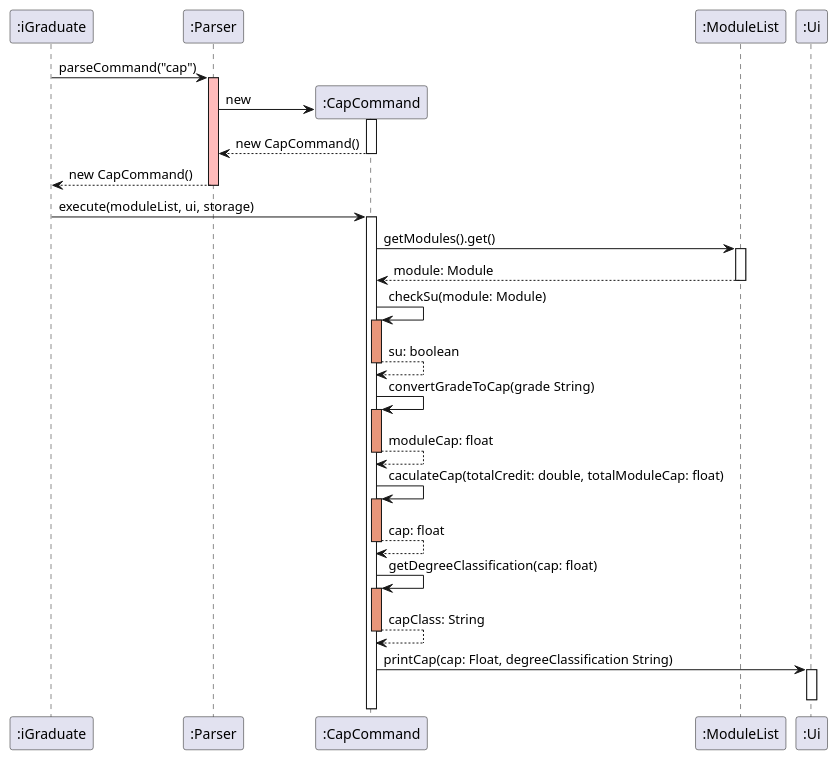
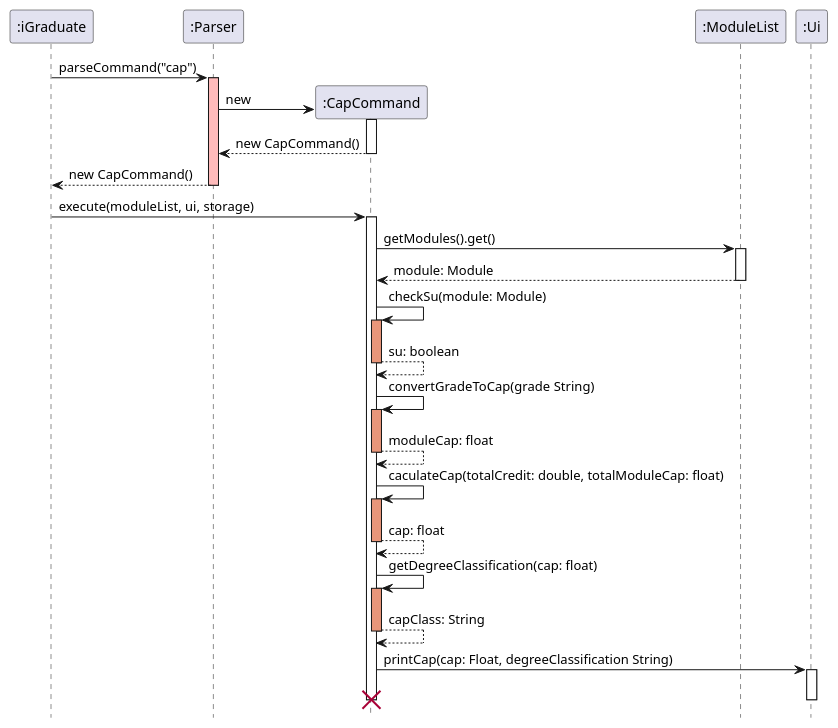
One commit to oscarlai1998/tp changed the diagram in docs/diagrams/CapCommandSequenceDiagram.puml. Above: the diagram before and after it, drawn with PlantUML. The commit also changed 19 other files, not shown here.

Commit message:
Modify sequence diagrams and captions of DG

```diff
--- a/docs/diagrams/CapCommandSequenceDiagram.puml
+++ b/docs/diagrams/CapCommandSequenceDiagram.puml
@@ -1,48 +1,51 @@
 @startuml
+hide footbox
+
 participant ":iGraduate" as iGraduate
 participant ":Parser" as Parser
 participant ":CapCommand" as CapCommand
 participant ":ModuleList" as ModuleList
 participant ":Ui" as Ui
 
 iGraduate -> Parser: parseCommand("cap")
 activate Parser #FFBBBB
 
 create CapCommand
 Parser -> CapCommand: new
 activate CapCommand
 CapCommand --> Parser: new CapCommand()
 deactivate CapCommand
 
 Parser --> iGraduate: new CapCommand()
 deactivate Parser
 
 iGraduate -> CapCommand: execute(moduleList, ui, storage)
 activate CapCommand
 
 CapCommand -> ModuleList: getModules().get()
 activate ModuleList
 ModuleList --> CapCommand: module: Module
 deactivate ModuleList
 
 CapCommand -> CapCommand:checkSu(module: Module)
 activate CapCommand #DarkSalmon
 return su: boolean
 
 CapCommand -> CapCommand:convertGradeToCap(grade String)
 activate CapCommand #DarkSalmon
 return moduleCap: float
 
 CapCommand -> CapCommand:caculateCap(totalCredit: double, totalModuleCap: float)
 activate CapCommand #DarkSalmon
 return cap: float
 
 CapCommand -> CapCommand:getDegreeClassification(cap: float)
 activate CapCommand #DarkSalmon
 return capClass: String
 
 CapCommand -> Ui: printCap(cap: Float, degreeClassification String)
 activate Ui
 deactivate Ui
+destroy CapCommand
 
 @enduml
```
